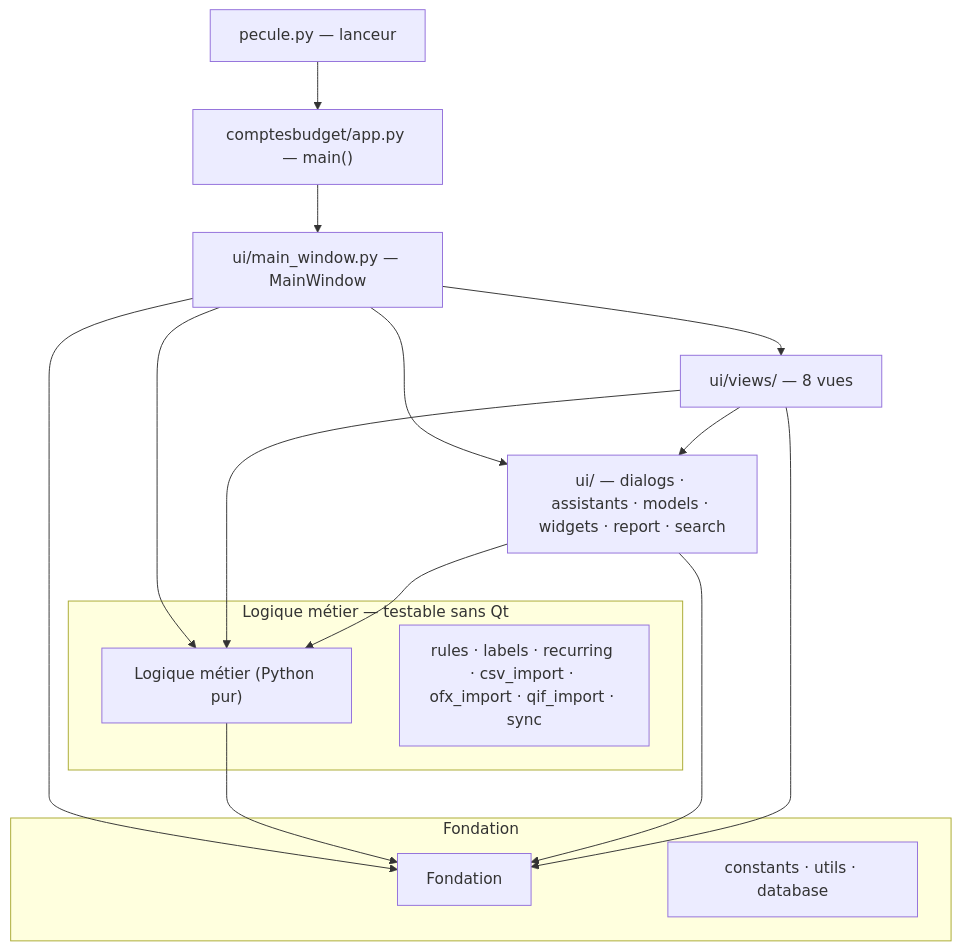
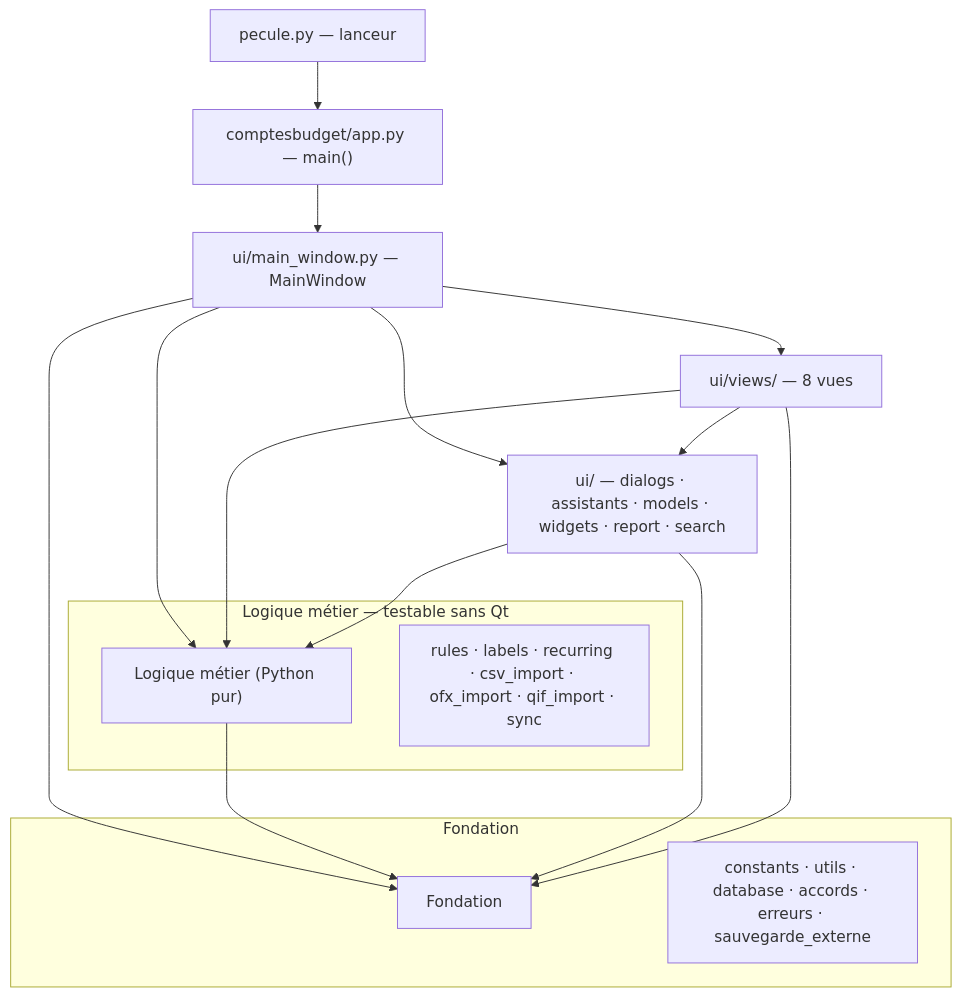
The diagram in README.md (andre12230-png/Pecule), drawn with Mermaid before and after one commit. The commit also changed other lines of this file, not shown here.

````diff
--- a/README.md
+++ b/README.md
@@ -347,24 +348,24 @@
 ```mermaid
 flowchart TD
     L["pecule.py — lanceur"] --> APP["comptesbudget/app.py — main()"]
     APP --> MW["ui/main_window.py — MainWindow"]
     MW --> V["ui/views/ — 8 vues"]
     MW --> C["ui/ — dialogs · assistants · models · widgets · report · search"]
     MW --> LOG["Logique métier (Python pur)"]
     MW --> F["Fondation"]
     V --> C
     V --> LOG
     C --> LOG
     LOG --> F
     C --> F
     V --> F
 
     subgraph LOG_G ["Logique métier — testable sans Qt"]
         LOG
         R["rules · labels · recurring · csv_import · ofx_import · qif_import · sync"]
     end
     subgraph F_G ["Fondation"]
         F
-        FF["constants · utils · database"]
+        FF["constants · utils · database · accords · erreurs · sauvegarde_externe"]
     end
 ```
````
